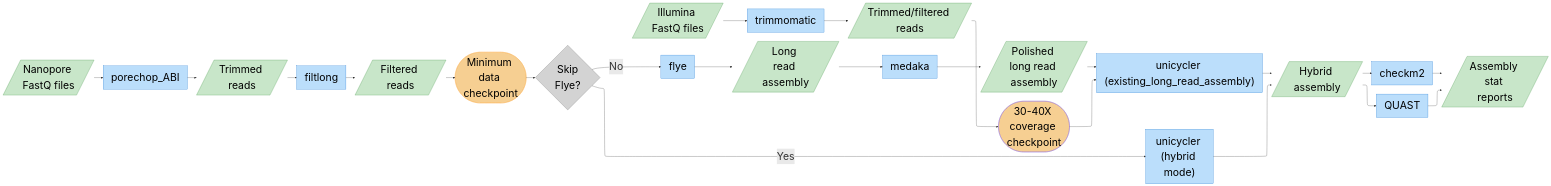
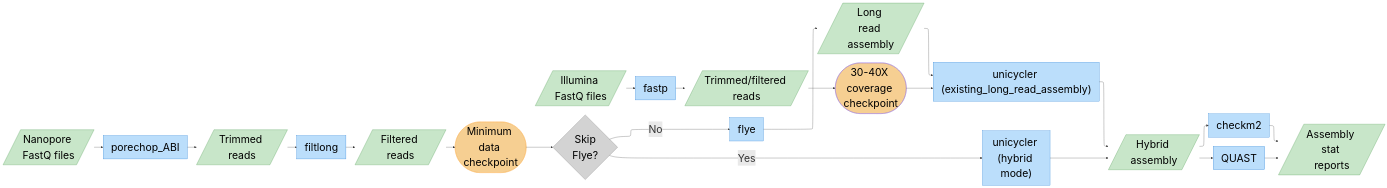
Before and after one commit to talasjudit/BSUP-2555_Listeria_collab_JT: the diagram in README.md, drawn with Mermaid. The commit also changed other lines of this file, not shown here.

```diff
--- a/README.md
+++ b/README.md
@@ -22,16 +38,14 @@
   layout: elk
 ---
 flowchart LR
-    n3["Illumina FastQ files"] --> n7["trimmomatic"]
+    n3["Illumina FastQ files"] --> n7["fastp"]
     n7 --> n8["Trimmed/filtered reads"]
     n5["porechop_ABI"] --> n9["Trimmed reads"]
     n9 --> n6["filtlong"]
     n6 --> n10["Filtered reads"]
     n1["Nanopore FastQ files"] --> n5
     n11["flye"] --> n12["Long read assembly"]
-    n12 --> n26["medaka"]
-    n26 --> n33["Polished long read assembly"]
-    n33 --> n13["unicycler <br>(existing_long_read_assembly)"]
+    n12 --> n13["unicycler <br>(existing_long_read_assembly)"]
     n15["Skip <br>Flye?"] -- Yes --> n22["unicycler <br>(hybrid mode)"]
     n22 --> n23["Hybrid assembly"]
     n23 --> n27["checkm2"] & n28["QUAST"]
@@ -53,8 +67,6 @@
     n1@{ shape: in-out}
     n11@{ shape: proc}
     n12@{ shape: lean-r}
-    n26@{ shape: proc}
-    n33@{ shape: lean-r}
     n13@{ shape: proc}
     n15@{ shape: diam}
     n22@{ shape: proc}
@@ -72,8 +84,6 @@
      n1:::data
      n11:::process
      n12:::data
-     n26:::process
-     n33:::data
      n13:::process
      n15:::decision
      n22:::process
```
